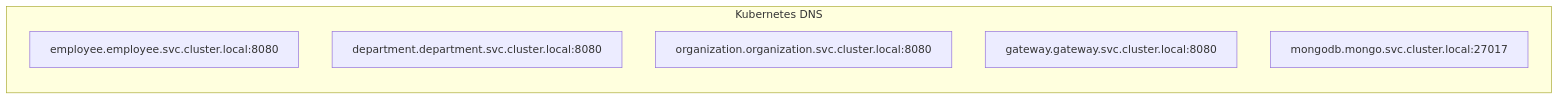
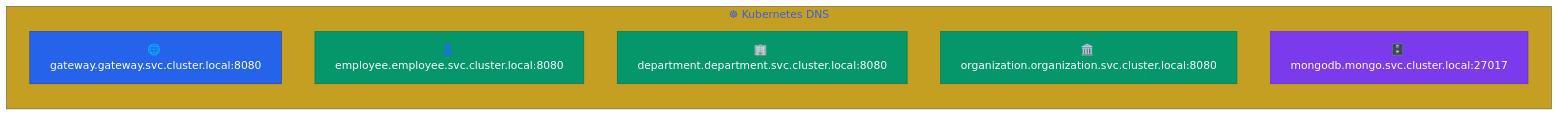
Before and after one commit to AndriyKalashnykov/spring-microservices-k8s: the third of 3 diagrams in docs/reference-architecture.md, drawn with Mermaid. The commit also changed other lines of this file and 1 other file, not shown here.

First line of the commit message:
docs: enhance Mermaid diagrams with custom colors and icons

````diff
--- a/docs/reference-architecture.md
+++ b/docs/reference-architecture.md
@@ -312,10 +335,18 @@
 ```mermaid
+%%{init: {'theme': 'base', 'themeVariables': {
+  'primaryColor': '#1e40af', 'primaryTextColor': '#fff',
+  'lineColor': '#3b82f6', 'fontFamily': 'monospace'
+}}}%%
 graph LR
-    subgraph "Kubernetes DNS"
-        E["employee.employee.svc.cluster.local:8080"]
-        D["department.department.svc.cluster.local:8080"]
-        O["organization.organization.svc.cluster.local:8080"]
-        G["gateway.gateway.svc.cluster.local:8080"]
-        M["mongodb.mongo.svc.cluster.local:27017"]
+    subgraph dns ["☸ Kubernetes DNS"]
+        G["🌐 gateway.gateway.svc.cluster.local:8080"]:::gateway
+        E["👤 employee.employee.svc.cluster.local:8080"]:::service
+        D["🏢 department.department.svc.cluster.local:8080"]:::service
+        O["🏛️ organization.organization.svc.cluster.local:8080"]:::service
+        M["🗄️ mongodb.mongo.svc.cluster.local:27017"]:::db
     end
+
+    classDef gateway fill:#2563eb,stroke:#1e40af,color:#fff
+    classDef service fill:#059669,stroke:#047857,color:#fff
+    classDef db fill:#7c3aed,stroke:#6d28d9,color:#fff
 ```
````
